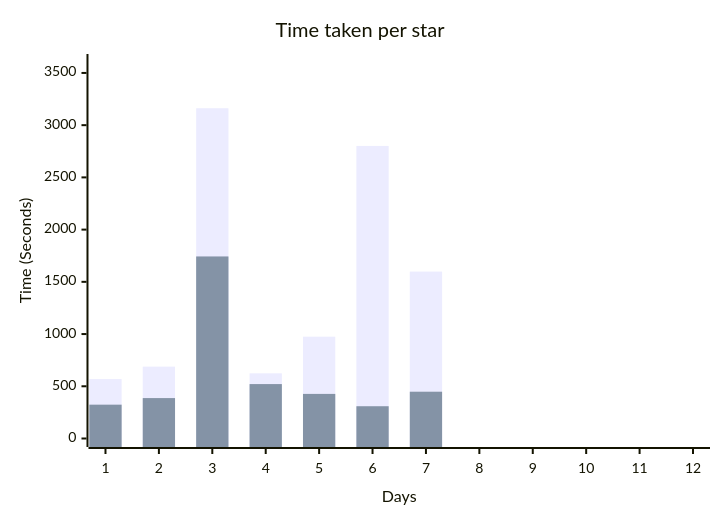
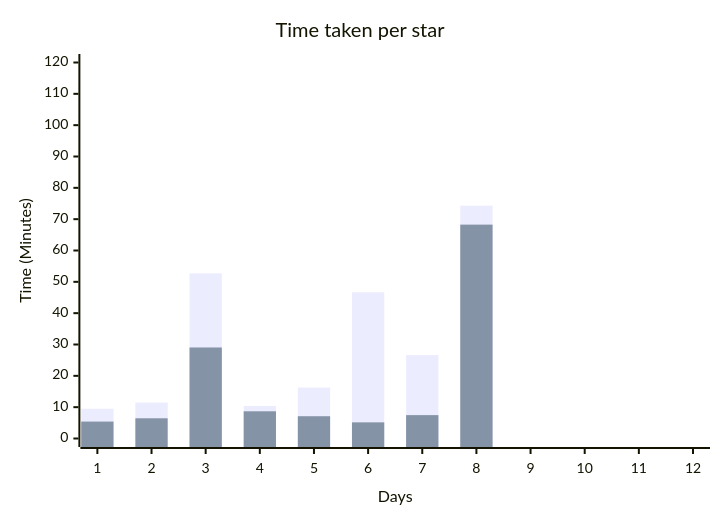
One commit to Voxed/aoc25 changed the diagram in readme.md. Above: the diagram before and after it, drawn with Mermaid. The commit also changed other lines of this file, not shown here.

````diff
--- a/readme.md
+++ b/readme.md
@@ -16,8 +16,8 @@
 ```mermaid
 xychart
     title "Time taken per star"
     x-axis "Days" [1,2,3,4,5,6,7,8,9,10,11,12]
-    y-axis "Time (Seconds)" 0 --> 3600
-    bar [569, 688, 3162, 624, 975, 2801, 1598]
-    bar [324, 387, 1743, 521, 427, 309, 448]
+    y-axis "Time (Minutes)" 0 --> 120
+    bar [9.48, 11.46, 52.7, 10.4, 16.25, 46.68, 26.63, 74.31]
+    bar [5.4, 6.45, 29.05, 8.68, 7.11, 5.15, 7.46, 68.26]
 ```
````
